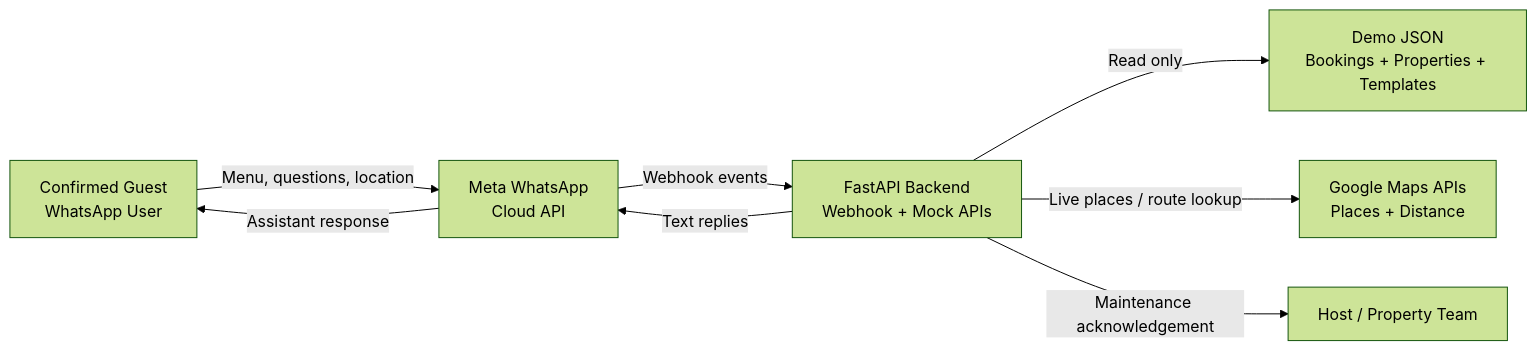
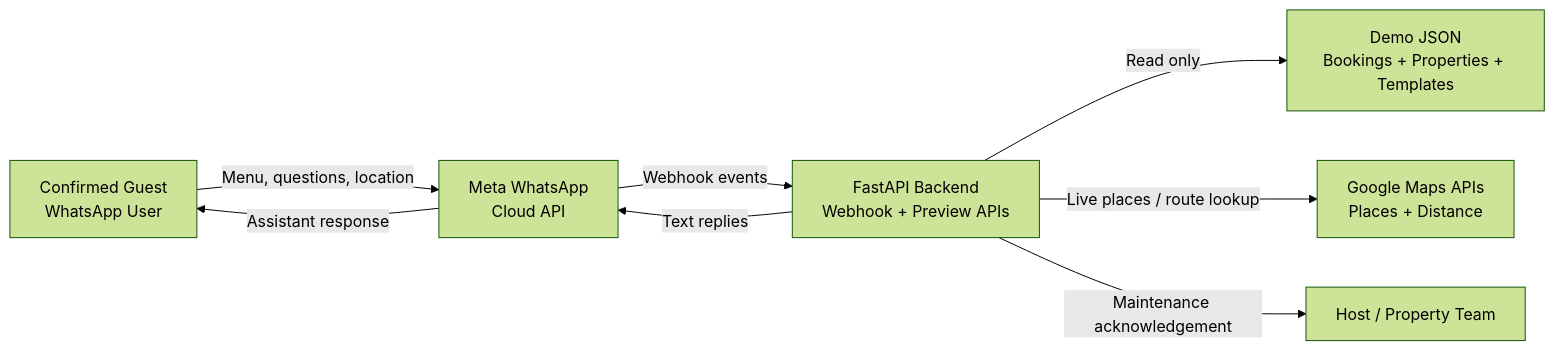
One commit to dhiraj-solace/rental-property-whatsApp-bot changed the first of 3 diagrams in docs/architecture-and-activity-diagrams.md. Above: the diagram before and after it, drawn with Mermaid (forest theme). The commit also changed other lines of this file and 6 other files, not shown here.

````diff
--- a/docs/architecture-and-activity-diagrams.md
+++ b/docs/architecture-and-activity-diagrams.md
@@ -7,18 +7,18 @@
 ```mermaid
 flowchart LR
     Guest["Confirmed Guest<br/>WhatsApp User"]
     Meta["Meta WhatsApp<br/>Cloud API"]
-    API["FastAPI Backend<br/>Webhook + Mock APIs"]
+    API["FastAPI Backend<br/>Webhook + Preview APIs"]
     Data["Demo JSON<br/>Bookings + Properties + Templates"]
     Maps["Google Maps APIs<br/>Places + Distance"]
     Host["Host / Property Team"]
 
     Guest -->|"Menu, questions, location"| Meta
     Meta -->|"Webhook events"| API
     API -->|"Text replies"| Meta
     Meta -->|"Assistant response"| Guest
 
     API -->|"Read only"| Data
     API -->|"Live places / route lookup"| Maps
     API -->|"Maintenance acknowledgement"| Host
 ```
````
